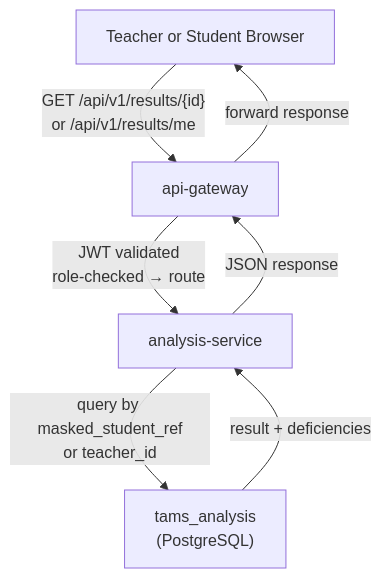
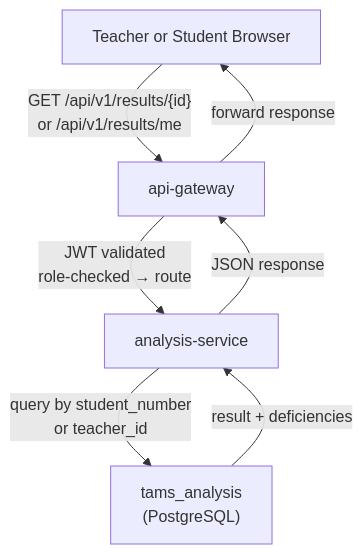
One commit to altindalorcun/tams changed the second of 3 diagrams in docs/architecture.md. Above: the diagram before and after it, drawn with Mermaid. The commit also changed other lines of this file and 45 other files, not shown here.

First line of the commit message:
feat: publish plain student_number for JWT result matching

````diff
--- a/docs/architecture.md
+++ b/docs/architecture.md
@@ -314,14 +314,14 @@
 ```mermaid
 flowchart TD
     User["Teacher or Student Browser"]
     APIGateway["api-gateway"]
     AnalysisService["analysis-service"]
     AnalysisDB["tams_analysis\n(PostgreSQL)"]
 
     User -->|"GET /api/v1/results/{id}\nor /api/v1/results/me"| APIGateway
     APIGateway -->|"JWT validated\nrole-checked → route"| AnalysisService
-    AnalysisService -->|"query by masked_student_ref\nor teacher_id"| AnalysisDB
+    AnalysisService -->|"query by student_number\nor teacher_id"| AnalysisDB
     AnalysisDB -->|"result + deficiencies"| AnalysisService
     AnalysisService -->|"JSON response"| APIGateway
     APIGateway -->|"forward response"| User
 ```
````
